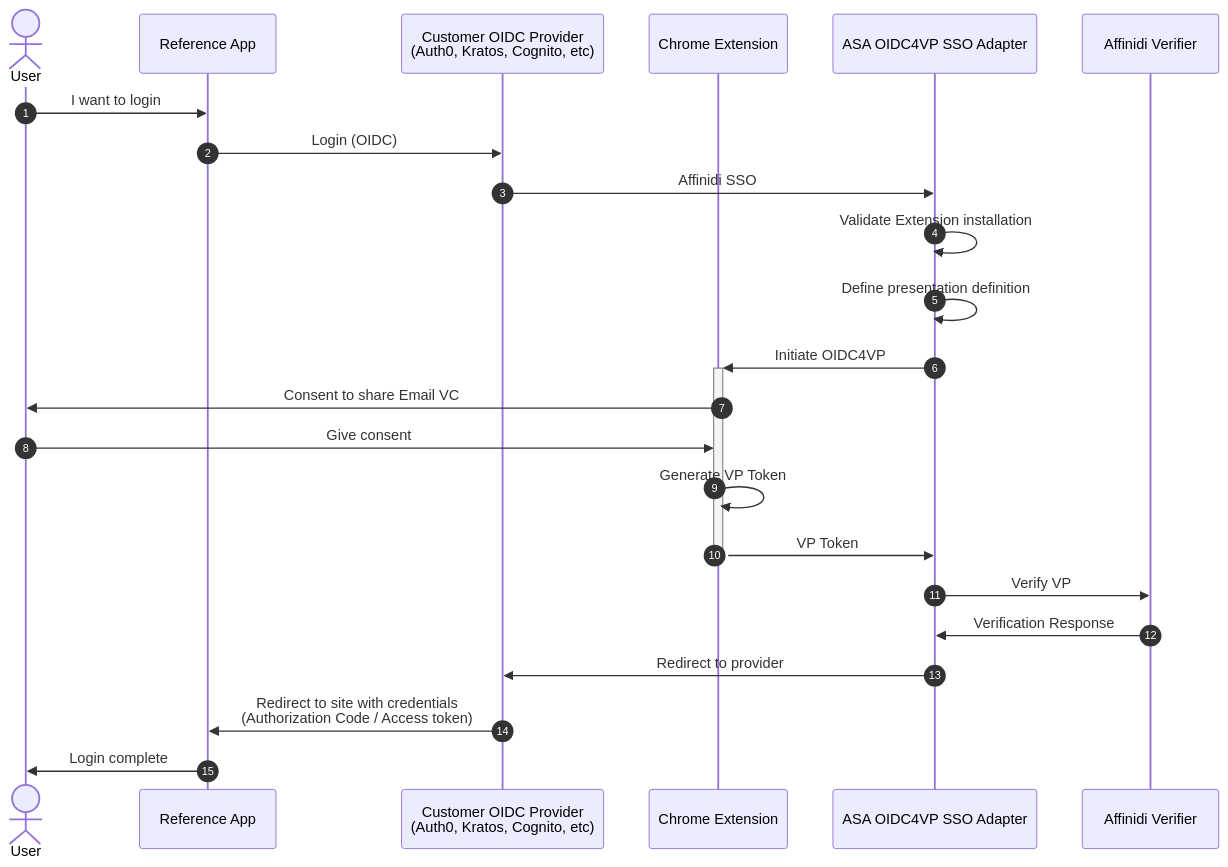
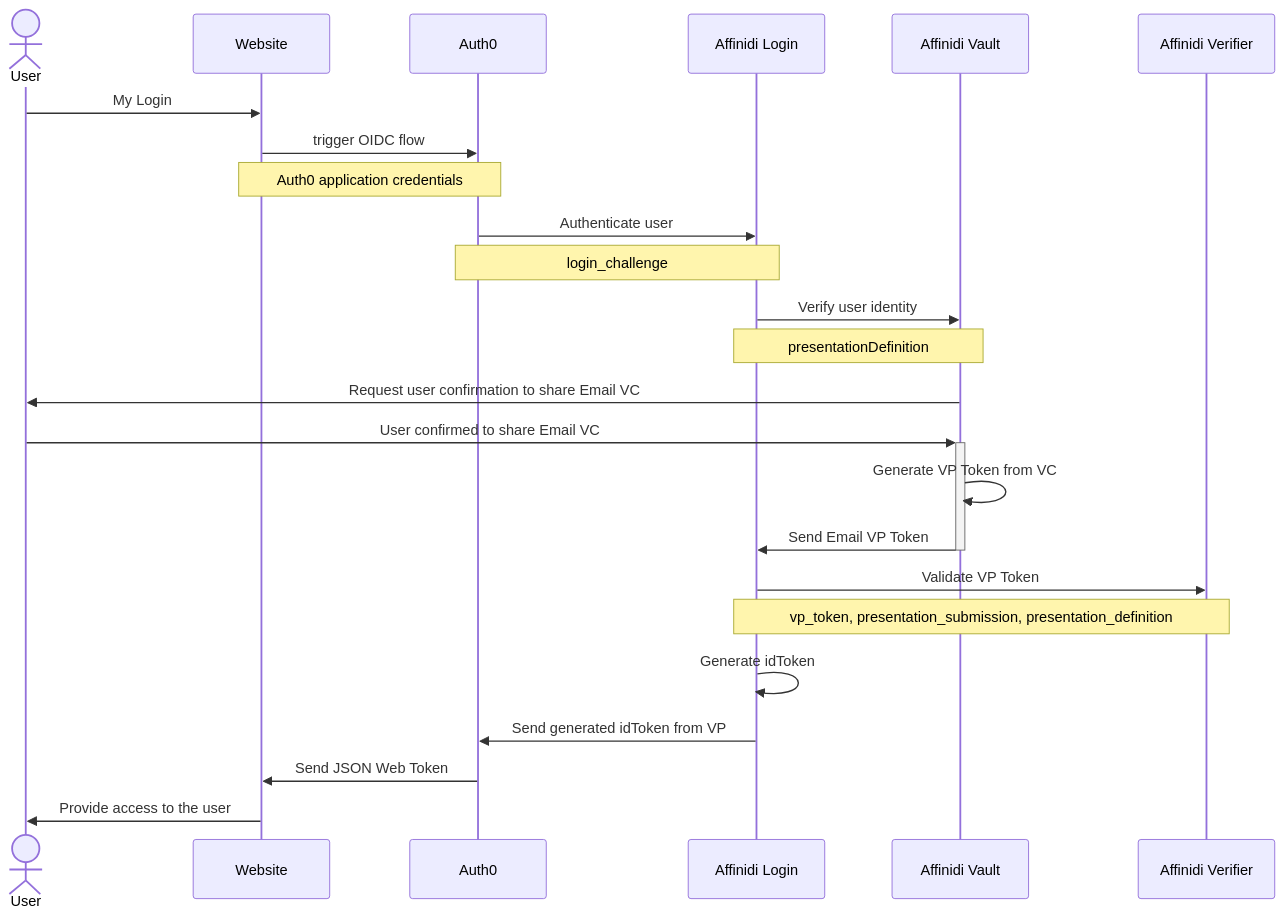
Before and after one commit to affinidi/reference-app-affinidi-vault: the diagram in use-cases/default/README.md, drawn with Mermaid. The commit also changed other lines of this file and 15 other files, not shown here.

````diff
--- a/use-cases/default/README.md
+++ b/use-cases/default/README.md
@@ -65,25 +58,27 @@
 ```mermaid
-sequenceDiagram; autonumber
+sequenceDiagram;
   actor user as User
-  participant site as Reference App
-  participant provider as Customer OIDC Provider <br/> (Auth0, Kratos, Cognito, etc)
-  participant ext as Chrome Extension
-  participant adapter as ASA OIDC4VP SSO Adapter
+  participant site as Website
+  participant provider as Auth0
+  participant adapter as Affinidi Login
+  participant ext as Affinidi Vault
   participant verifier as Affinidi Verifier
 
-  user->>site: I want to login
-  site->>provider: Login (OIDC)
-  provider->>adapter: Affinidi SSO
-  adapter->>adapter: Validate Extension installation
-  adapter->>adapter: Define presentation definition
-  adapter->>+ext: Initiate OIDC4VP
-  ext->>user: Consent to share Email VC
-  user->>ext: Give consent
-  ext->>ext: Generate VP Token
-  ext->>-adapter: VP Token
-  adapter->>verifier: Verify VP
-  verifier->>adapter: Verification Response
-  adapter->>provider: Redirect to provider
-  provider->>site: Redirect to site with credentials <br/>(Authorization Code / Access token)
-  site->>user: Login complete
+  user->>site: My Login
+  site->>provider: trigger OIDC flow
+  note over site, provider: Auth0 application credentials
+  provider->>adapter: Authenticate user
+  note over provider, adapter: login_challenge
+  adapter->>ext: Verify user identity
+  note over adapter, ext: presentationDefinition
+  ext->>user: Request user confirmation to share Email VC 
+  user->>+ext: User confirmed to share Email VC
+  ext->>ext: Generate VP Token from VC
+  ext->>-adapter: Send Email VP Token
+  adapter->>verifier: Validate VP Token
+  note over adapter, verifier: vp_token, presentation_submission, presentation_definition
+  adapter->>adapter: Generate idToken
+  adapter->>provider: Send generated idToken from VP
+  provider->>site: Send JSON Web Token
+  site->>user: Provide access to the user
 ```
````
